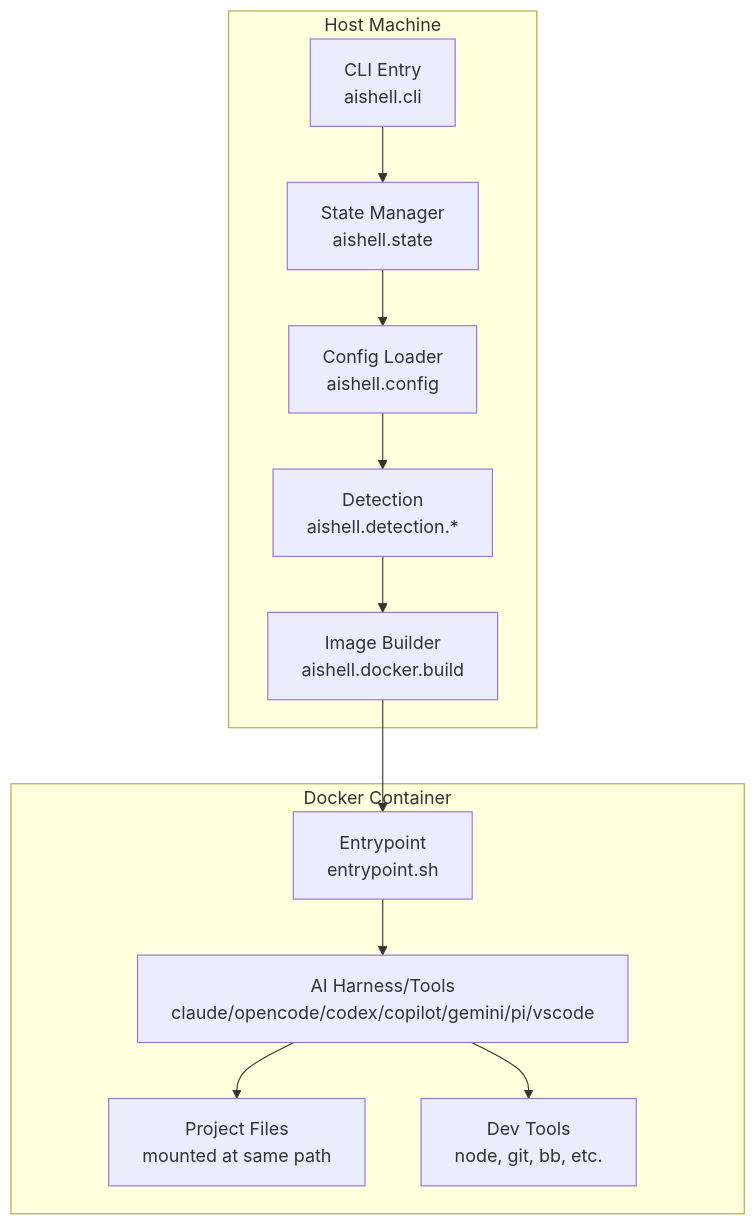
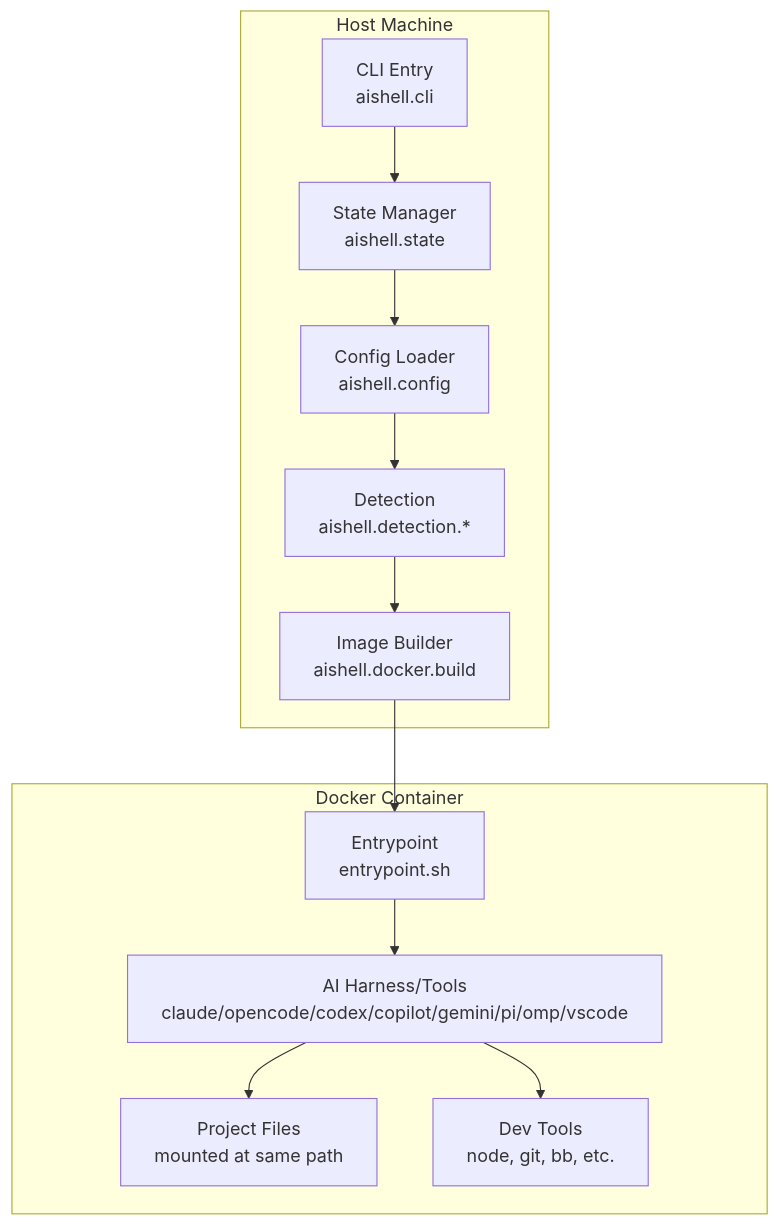
The diagram in docs/ARCHITECTURE.md (UniSoma/aishell), drawn with Mermaid before and after one commit. The commit also changed other lines of this file and 17 other files, not shown here.

First line of the commit message:
Add omp (oh-my-pi) harness with a GitHub-release binary install kind

````diff
--- a/docs/ARCHITECTURE.md
+++ b/docs/ARCHITECTURE.md
@@ -28,26 +28,26 @@
 ```mermaid
 graph TB
     subgraph Host["Host Machine"]
         CLI[CLI Entry<br/>aishell.cli]
         State[State Manager<br/>aishell.state]
         Config[Config Loader<br/>aishell.config]
         Detection[Detection<br/>aishell.detection.*]
         Build[Image Builder<br/>aishell.docker.build]
     end
 
     subgraph Docker["Docker Container"]
         Entry[Entrypoint<br/>entrypoint.sh]
-        Harness[AI Harness/Tools<br/>claude/opencode/codex/copilot/gemini/pi/vscode]
+        Harness[AI Harness/Tools<br/>claude/opencode/codex/copilot/gemini/pi/omp/vscode]
         Project[Project Files<br/>mounted at same path]
         Tools[Dev Tools<br/>node, git, bb, etc.]
     end
 
     CLI --> State
     State --> Config
     Config --> Detection
     Detection --> Build
     Build --> Entry
     Entry --> Harness
     Harness --> Project
     Harness --> Tools
 ```
````
